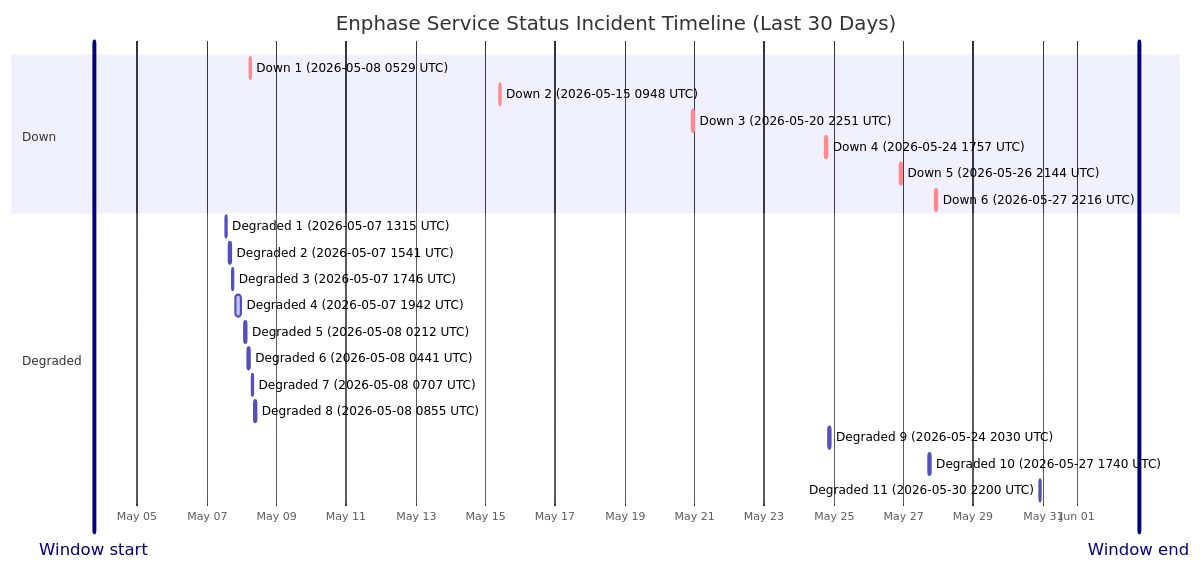
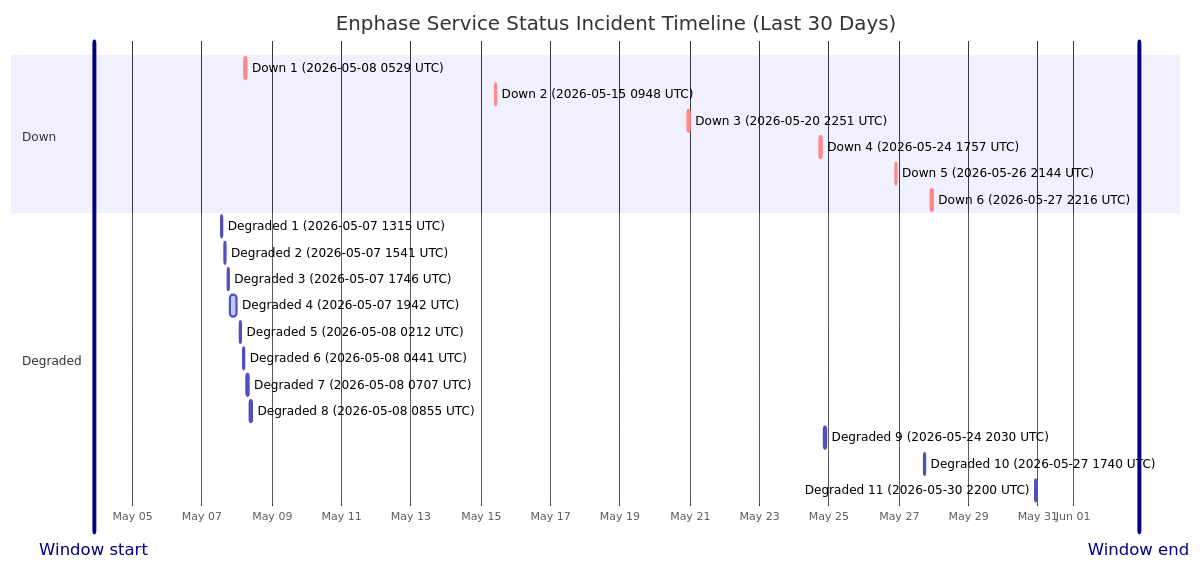
The diagram in wiki/Service-Status-History.md (barneyonline/ha-enphase-energy), drawn with Mermaid before and after one commit. The commit also changed other lines of this file and 3 other files, not shown here.

````diff
--- a/wiki/Service-Status-History.md
+++ b/wiki/Service-Status-History.md
@@ -14,27 +14,27 @@
 ```mermaid
 gantt
     title Enphase Service Status Incident Timeline (Last 30 Days)
     dateFormat  YYYY-MM-DDTHH:mm:ss
     axisFormat  %b %d
-    Window start :vert, window-start, 2026-05-03T18:13:24, 0ms
-    Window end :vert, window-end, 2026-06-02T18:13:24, 0ms
+    Window start :vert, window-start, 2026-05-03T21:30:52, 0ms
+    Window end :vert, window-end, 2026-06-02T21:30:52, 0ms
     section Down
     Down 1 (2026-05-08 0529 UTC) :crit, down-1, 2026-05-08T05:29:47, 60m
     Down 2 (2026-05-15 0948 UTC) :crit, down-2, 2026-05-15T09:48:18, 60m
     Down 3 (2026-05-20 2251 UTC) :crit, down-3, 2026-05-20T22:51:14, 75m
     Down 4 (2026-05-24 1757 UTC) :crit, down-4, 2026-05-24T17:57:41, 86m
     Down 5 (2026-05-26 2144 UTC) :crit, down-5, 2026-05-26T21:44:11, 85m
     Down 6 (2026-05-27 2216 UTC) :crit, down-6, 2026-05-27T22:16:53, 87m
     section Degraded
     Degraded 1 (2026-05-07 1315 UTC) :active, degraded-1, 2026-05-07T13:15:25, 60m
     Degraded 2 (2026-05-07 1541 UTC) :active, degraded-2, 2026-05-07T15:41:58, 60m
     Degraded 3 (2026-05-07 1746 UTC) :active, degraded-3, 2026-05-07T17:46:51, 60m
     Degraded 4 (2026-05-07 1942 UTC) :active, degraded-4, 2026-05-07T19:42:10, 249m
     Degraded 5 (2026-05-08 0212 UTC) :active, degraded-5, 2026-05-08T02:12:39, 60m
     Degraded 6 (2026-05-08 0441 UTC) :active, degraded-6, 2026-05-08T04:41:46, 60m
     Degraded 7 (2026-05-08 0707 UTC) :active, degraded-7, 2026-05-08T07:07:30, 60m
     Degraded 8 (2026-05-08 0855 UTC) :active, degraded-8, 2026-05-08T08:55:20, 88m
     Degraded 9 (2026-05-24 2030 UTC) :active, degraded-9, 2026-05-24T20:30:57, 84m
     Degraded 10 (2026-05-27 1740 UTC) :active, degraded-10, 2026-05-27T17:40:52, 60m
     Degraded 11 (2026-05-30 2200 UTC) :active, degraded-11, 2026-05-30T22:00:37, 60m
 ```
````
